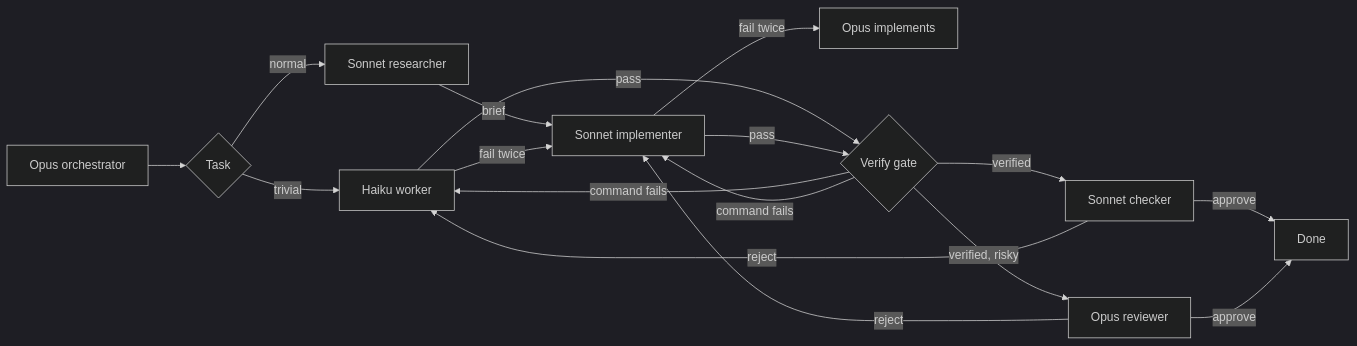
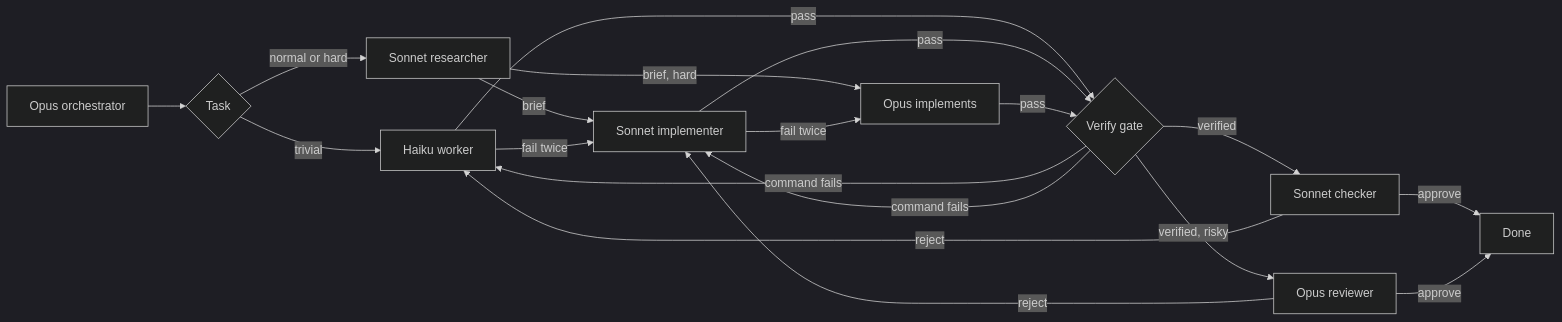
The diagram in README.md (edsoncantuaria/cc-tiers), drawn with Mermaid (dark theme) before and after one commit. The commit also changed other lines of this file and 2 other files, not shown here.

````diff
--- a/README.md
+++ b/README.md
@@ -55,19 +55,21 @@
 ```mermaid
 flowchart LR
     A[Opus orchestrator] --> B{Task}
     B -- trivial --> C[Haiku worker]
-    B -- normal --> R[Sonnet researcher]
+    B -- normal or hard --> R[Sonnet researcher]
     R -- brief --> D[Sonnet implementer]
+    R -- brief, hard --> E
     C -- fail twice --> D
     D -- fail twice --> E[Opus implements]
     C -- pass --> V{Verify gate}
     D -- pass --> V
+    E -- pass --> V
     V -- command fails --> C
     V -- command fails --> D
     V -- verified --> H[Sonnet checker]
     V -- verified, risky --> F[Opus reviewer]
     H -- reject --> C
     F -- reject --> D
     H -- approve --> G[Done]
     F -- approve --> G
 ```
````
